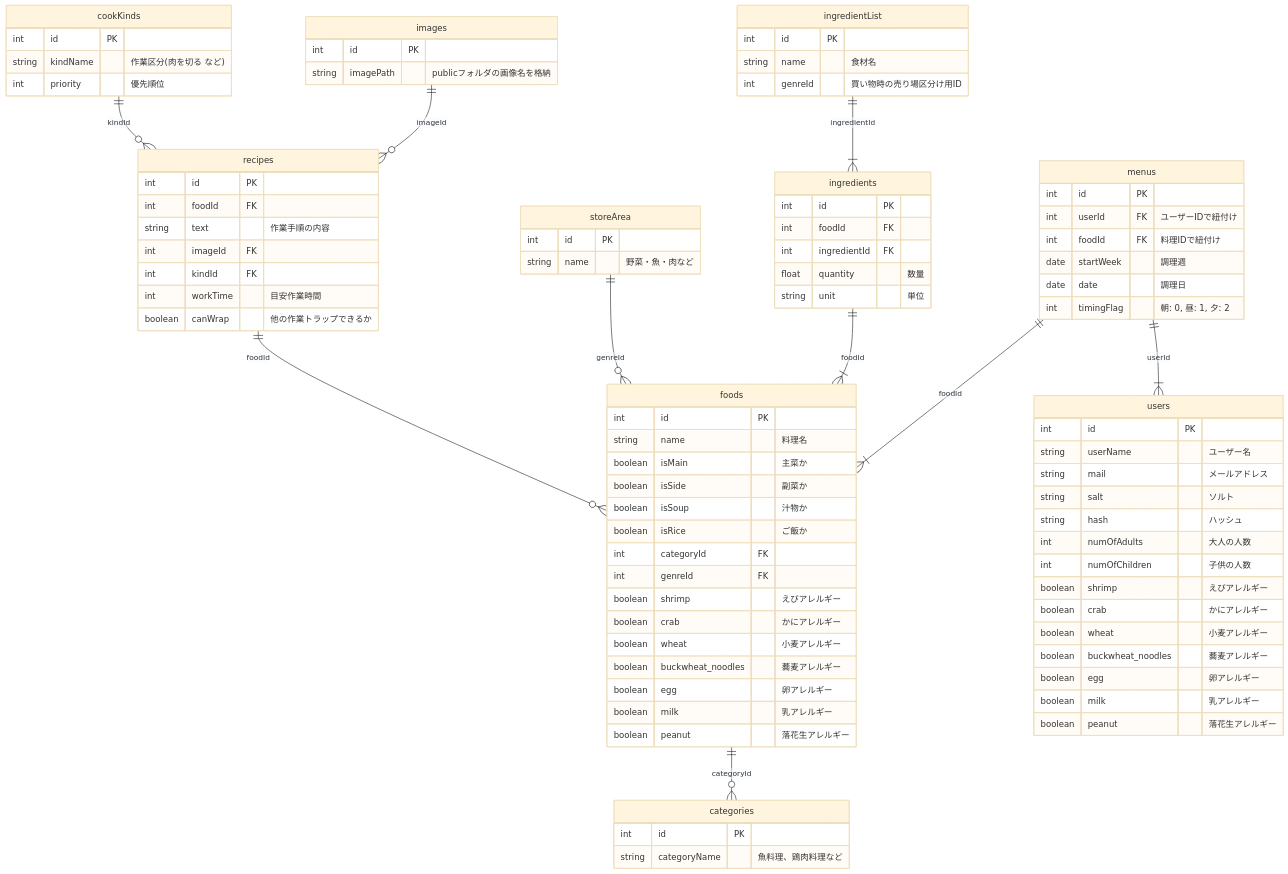
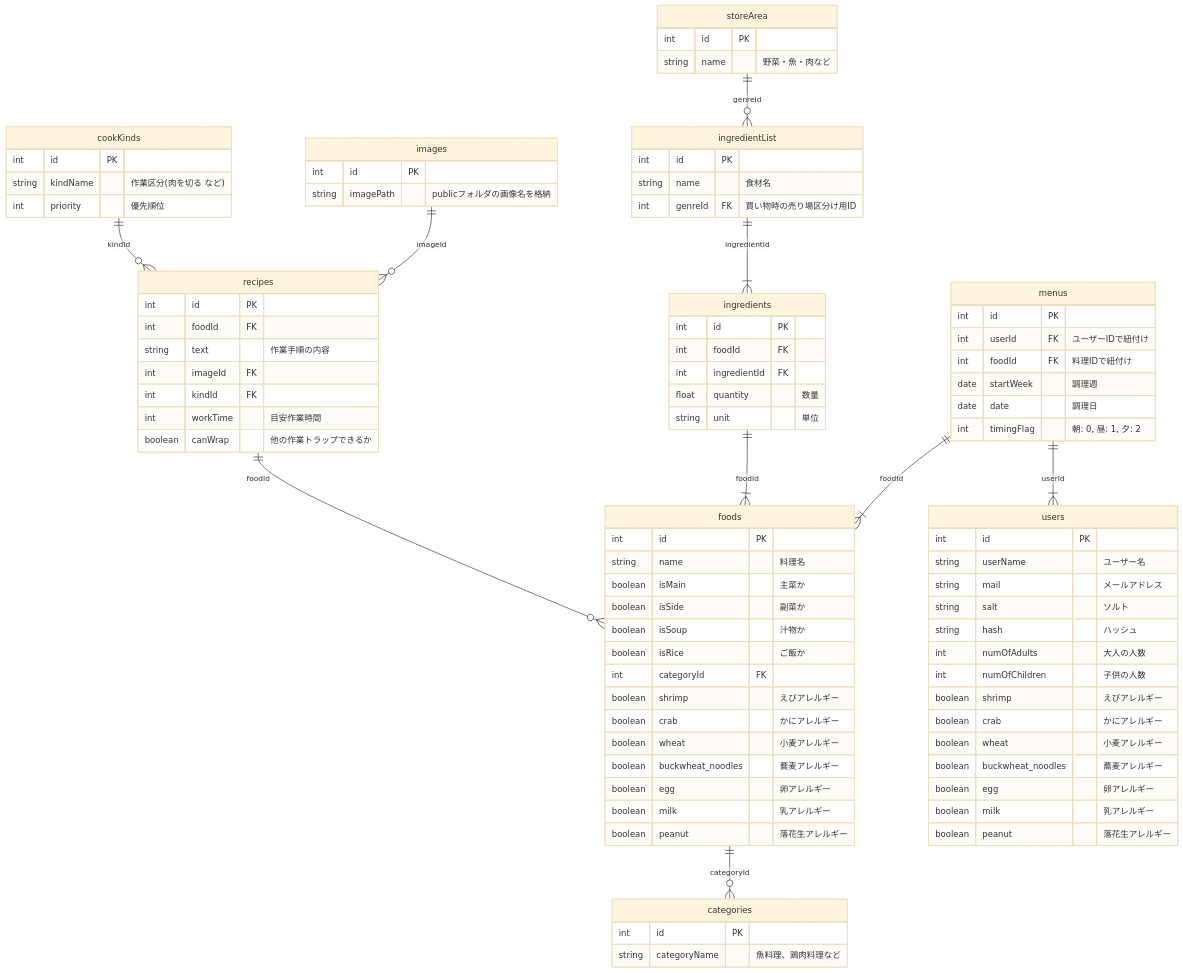
The diagram in README.md (team2wish/efficient), drawn with Mermaid (base theme) before and after one commit. The commit also changed 3 other files, not shown here.

```diff
--- a/README.md
+++ b/README.md
@@ -18,7 +18,7 @@
     cookKinds ||--o{ recipes : "kindId"
     recipes ||--o{ foods : "foodId"
     ingredientList ||--|{ ingredients : "ingredientId"
-    storeArea ||--o{ foods : "genreId"
+    storeArea ||--o{ ingredientList : "genreId"
     ingredients ||--|{ foods : "foodId"
     menus ||--|{ foods : "foodId"
     menus ||--|{ users : "userId"
@@ -57,7 +57,7 @@
     ingredientList {
         int id PK
         string name "食材名"
-        int genreId "買い物時の売り場区分け用ID"
+        int genreId FK "買い物時の売り場区分け用ID"
     }
 
     storeArea {
@@ -74,7 +74,6 @@
         boolean isSoup "汁物か"
         boolean isRice "ご飯か"
         int categoryId FK
-        int genreId FK
         boolean shrimp "えびアレルギー"
         boolean crab "かにアレルギー"
         boolean wheat "小麦アレルギー"
```
